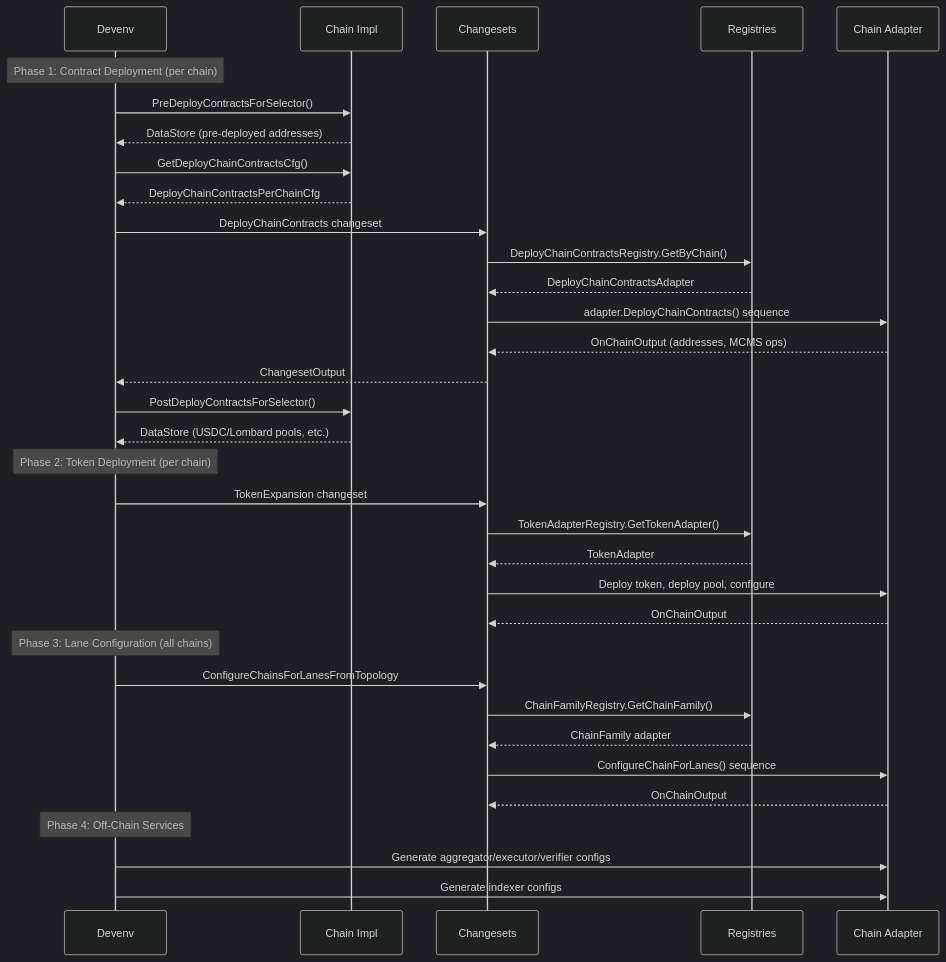
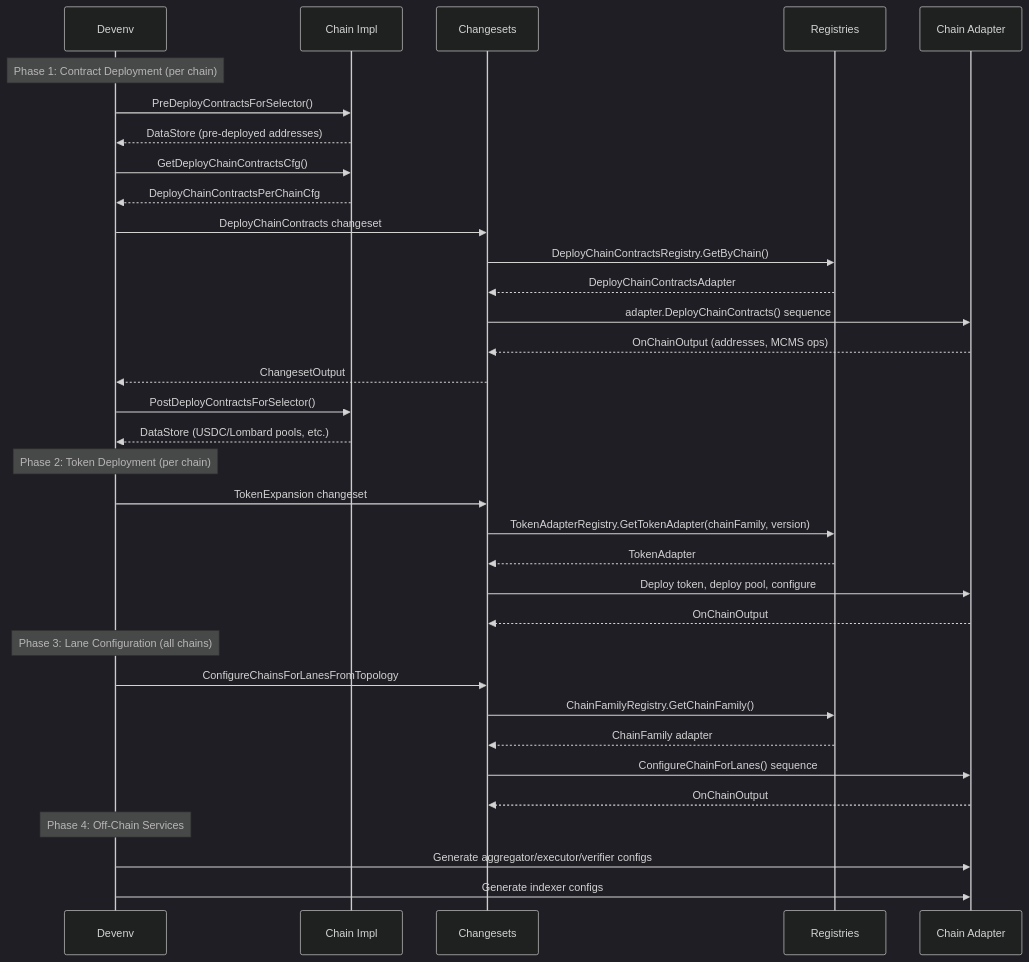
One commit to smartcontractkit/chainlink-ccip changed the second of 2 diagrams in deployment/docs/ccip-2.0-integration-guide.md. Above: the diagram before and after it, drawn with Mermaid (dark theme). The commit also changed other lines of this file, not shown here.

````diff
--- a/deployment/docs/ccip-2.0-integration-guide.md
+++ b/deployment/docs/ccip-2.0-integration-guide.md
@@ -408,40 +408,40 @@
 ```mermaid
 sequenceDiagram
     participant Devenv
     participant Impl as Chain Impl
     participant CS as Changesets
     participant Reg as Registries
     participant Adapter as Chain Adapter
 
     Note over Devenv: Phase 1: Contract Deployment (per chain)
     Devenv->>Impl: PreDeployContractsForSelector()
     Impl-->>Devenv: DataStore (pre-deployed addresses)
     Devenv->>Impl: GetDeployChainContractsCfg()
     Impl-->>Devenv: DeployChainContractsPerChainCfg
     Devenv->>CS: DeployChainContracts changeset
     CS->>Reg: DeployChainContractsRegistry.GetByChain()
     Reg-->>CS: DeployChainContractsAdapter
     CS->>Adapter: adapter.DeployChainContracts() sequence
     Adapter-->>CS: OnChainOutput (addresses, MCMS ops)
     CS-->>Devenv: ChangesetOutput
     Devenv->>Impl: PostDeployContractsForSelector()
     Impl-->>Devenv: DataStore (USDC/Lombard pools, etc.)
 
     Note over Devenv: Phase 2: Token Deployment (per chain)
     Devenv->>CS: TokenExpansion changeset
-    CS->>Reg: TokenAdapterRegistry.GetTokenAdapter()
+    CS->>Reg: TokenAdapterRegistry.GetTokenAdapter(chainFamily, version)
     Reg-->>CS: TokenAdapter
     CS->>Adapter: Deploy token, deploy pool, configure
     Adapter-->>CS: OnChainOutput
 
     Note over Devenv: Phase 3: Lane Configuration (all chains)
     Devenv->>CS: ConfigureChainsForLanesFromTopology
     CS->>Reg: ChainFamilyRegistry.GetChainFamily()
     Reg-->>CS: ChainFamily adapter
     CS->>Adapter: ConfigureChainForLanes() sequence
     Adapter-->>CS: OnChainOutput
 
     Note over Devenv: Phase 4: Off-Chain Services
     Devenv->>Adapter: Generate aggregator/executor/verifier configs
     Devenv->>Adapter: Generate indexer configs
 ```
````
